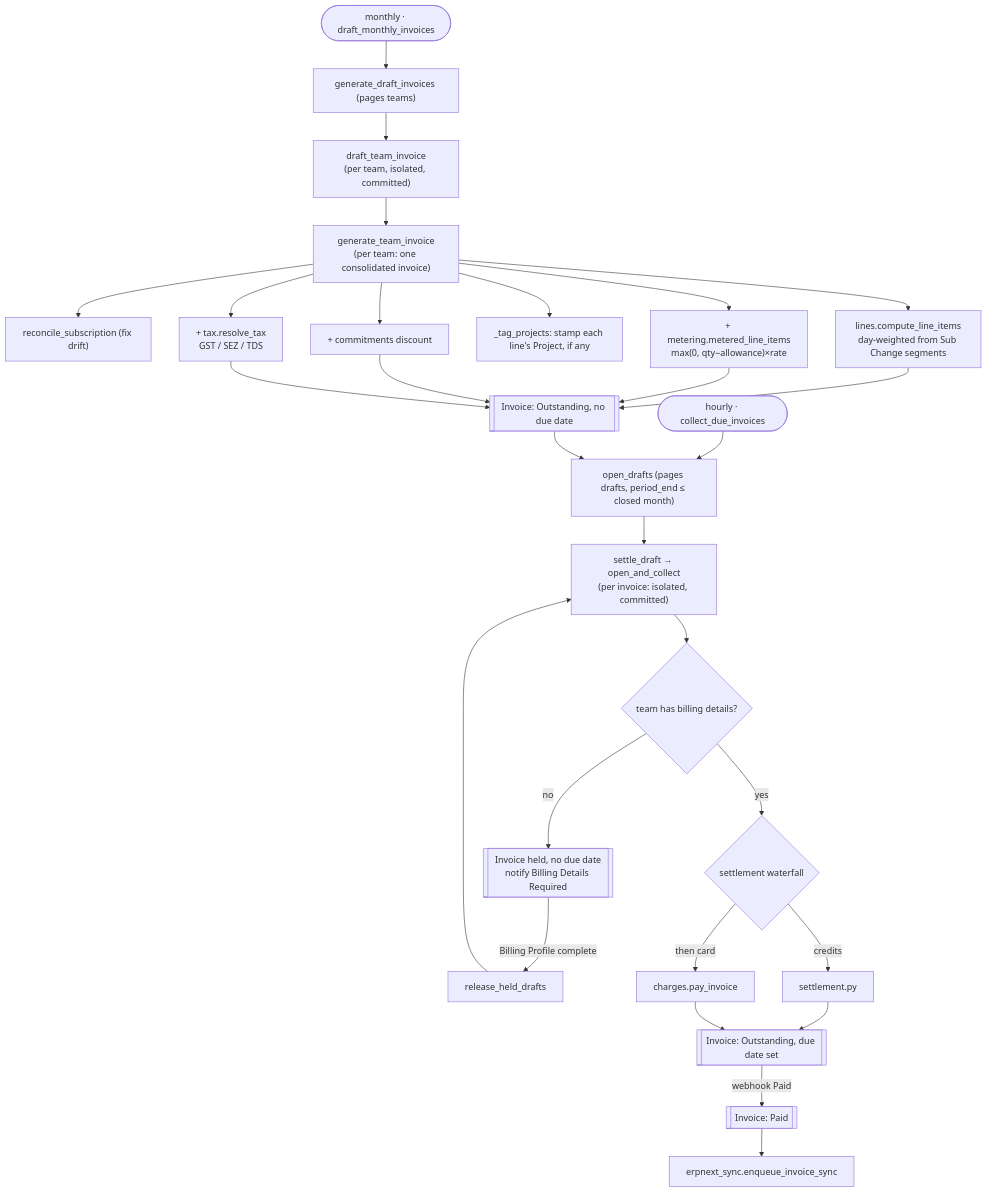
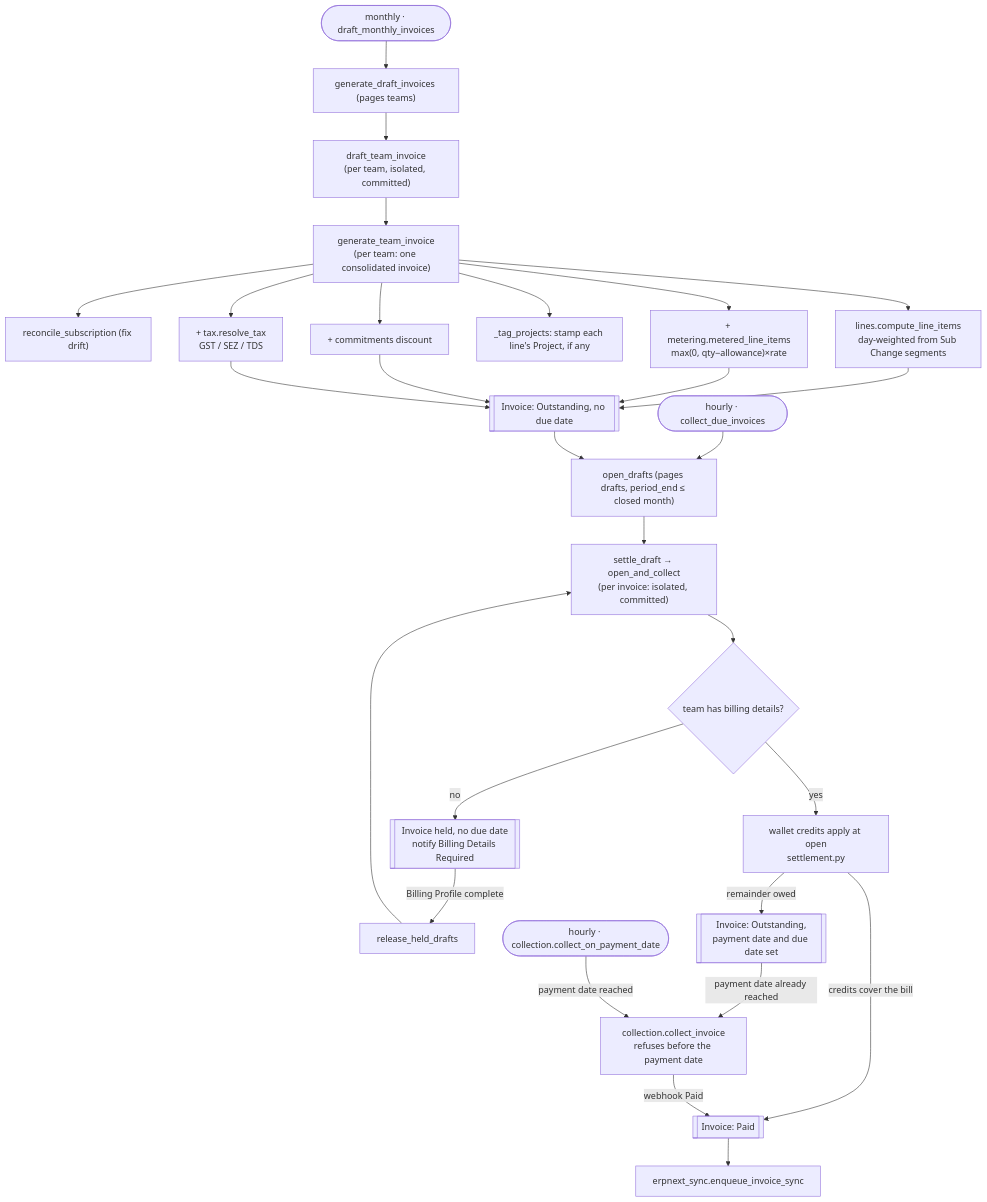
Before and after one commit to frappe/central: the fifth of 8 diagrams in central/billing/ARCHITECTURE.md, drawn with Mermaid. The commit also changed other lines of this file, not shown here.

Commit message:
docs(billing): describe card collection on the payment date in the invoicing flow

````diff
--- a/central/billing/ARCHITECTURE.md
+++ b/central/billing/ARCHITECTURE.md
@@ -465,27 +465,28 @@
 ```mermaid
 flowchart TD
     TICK(["monthly · draft_monthly_invoices"]) --> GDI["generate_draft_invoices (pages teams)"]
     GDI --> DTI["draft_team_invoice<br/>(per team, isolated, committed)"]
     DTI --> GTI["generate_team_invoice<br/>(per team: one consolidated invoice)"]
     GTI --> RS["reconcile_subscription (fix drift)"]
     GTI --> LINES["lines.compute_line_items<br/>day-weighted from Sub Change segments"]
     GTI --> MET["+ metering.metered_line_items<br/>max(0, qty−allowance)×rate"]
     GTI --> TAG["_tag_projects: stamp each line's Project, if any"]
     GTI --> DISC["+ commitments discount"]
     GTI --> TAX["+ tax.resolve_tax<br/>GST / SEZ / TDS"]
     LINES & MET & DISC & TAX --> DRAFT[["Invoice: Outstanding, no due date"]]
 
     SWEEP(["hourly · collect_due_invoices"]) --> OD["open_drafts (pages drafts, period_end ≤ closed month)"]
     DRAFT --> OD
     OD --> OAC["settle_draft → open_and_collect<br/>(per invoice: isolated, committed)"]
     OAC --> HOLD{"team has billing details?"}
     HOLD -->|no| HELD[["Invoice held, no due date<br/>notify Billing Details Required"]]
     HELD -->|Billing Profile complete| REL["release_held_drafts"]
     REL --> OAC
-    HOLD -->|yes| WF{"settlement waterfall"}
-    WF -->|credits| CR["settlement.py"]
-    WF -->|then card| CARD["charges.pay_invoice"]
-    CR & CARD --> OPEN[["Invoice: Outstanding, due date set"]]
-    OPEN -->|webhook Paid| PAID[["Invoice: Paid"]]
+    HOLD -->|yes| CR["wallet credits apply at open<br/>settlement.py"]
+    CR -->|credits cover the bill| PAID[["Invoice: Paid"]]
+    CR -->|remainder owed| OPEN[["Invoice: Outstanding,<br/>payment date and due date set"]]
+    OPEN -->|payment date already reached| CARD["collection.collect_invoice<br/>refuses before the payment date"]
+    PDATE(["hourly · collection.collect_on_payment_date"]) -->|payment date reached| CARD
+    CARD -->|webhook Paid| PAID
     PAID --> SYNC["erpnext_sync.enqueue_invoice_sync"]
 ```
````
